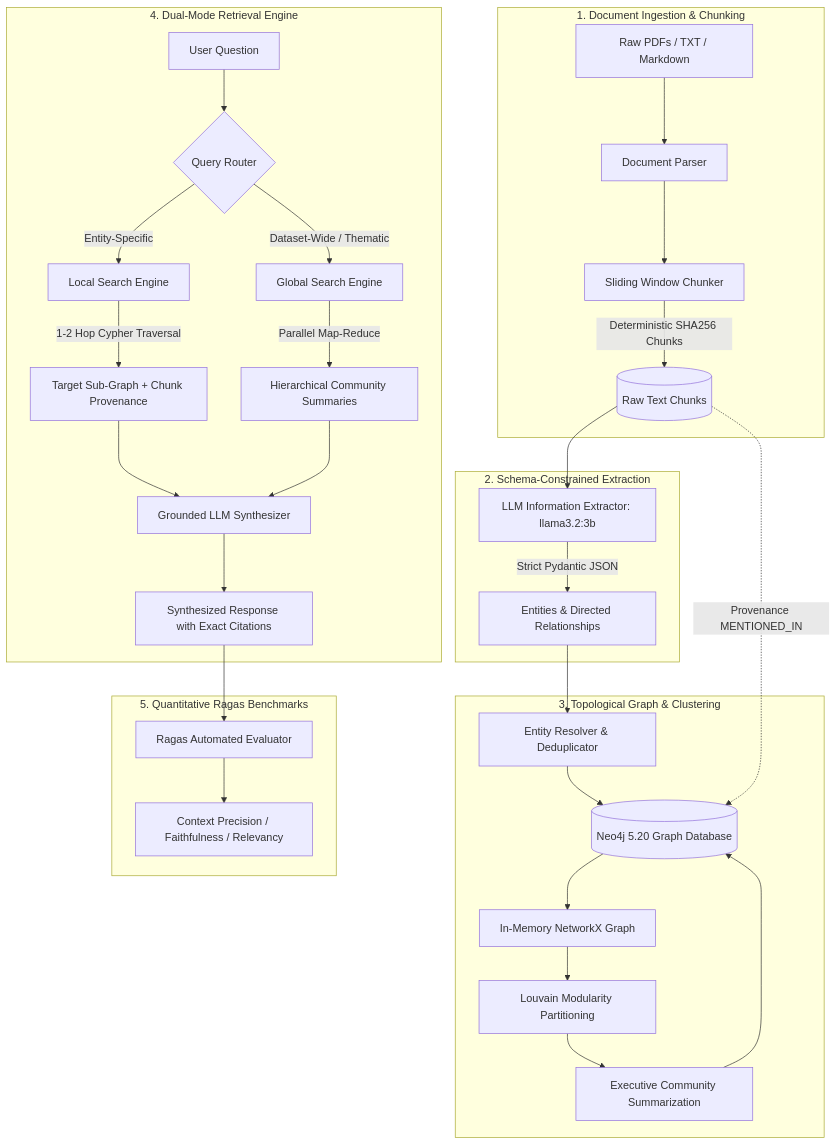
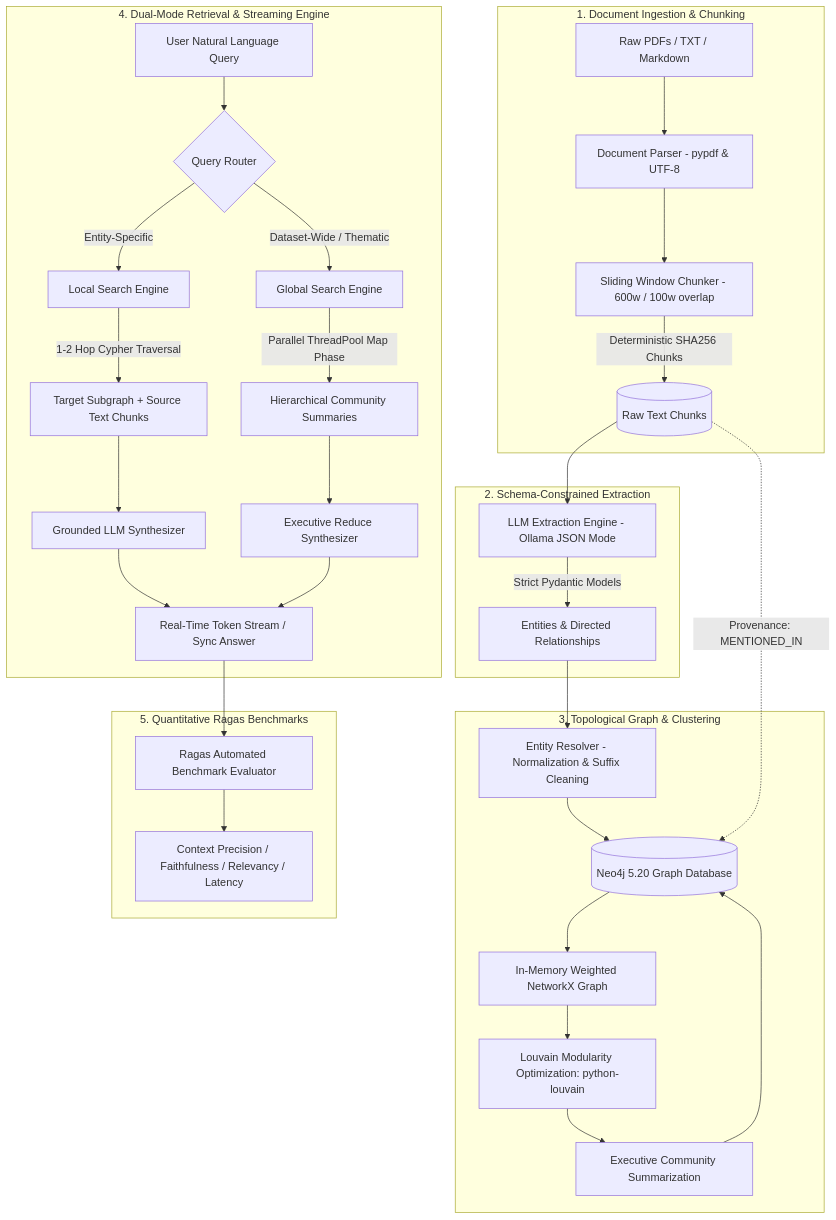
The diagram in README.md (RajatSharma404/GraphRAG), drawn with Mermaid before and after one commit. The commit also changed other lines of this file, not shown here.

Commit message:
docs(readme): expand exhaustive architectural guide, api spec, benchmarks, and adrs

````diff
--- a/README.md
+++ b/README.md
@@ -36,41 +48,42 @@
 ```mermaid
 flowchart TD
     subgraph Ingestion ["1. Document Ingestion & Chunking"]
-        RawDocs[Raw PDFs / TXT / Markdown] --> Parser[Document Parser]
-        Parser --> Chunker[Sliding Window Chunker]
+        RawDocs[Raw PDFs / TXT / Markdown] --> Parser[Document Parser - pypdf & UTF-8]
+        Parser --> Chunker[Sliding Window Chunker - 600w / 100w overlap]
         Chunker -->|Deterministic SHA256 Chunks| Chunks[(Raw Text Chunks)]
     end
 
     subgraph Extraction ["2. Schema-Constrained Extraction"]
-        Chunks --> Extractor[LLM Information Extractor: llama3.2:3b]
-        Extractor -->|Strict Pydantic JSON| Schemas[Entities & Directed Relationships]
+        Chunks --> Extractor[LLM Extraction Engine - Ollama JSON Mode]
+        Extractor -->|Strict Pydantic Models| Schemas[Entities & Directed Relationships]
     end
 
     subgraph GraphDB ["3. Topological Graph & Clustering"]
-        Schemas --> Resolver[Entity Resolver & Deduplicator]
+        Schemas --> Resolver[Entity Resolver - Normalization & Suffix Cleaning]
         Resolver --> Neo4j[(Neo4j 5.20 Graph Database)]
-        Chunks -.->|Provenance MENTIONED_IN| Neo4j
-        Neo4j --> Projection[In-Memory NetworkX Graph]
-        Projection --> Louvain[Louvain Modularity Partitioning]
+        Chunks -.->|Provenance: MENTIONED_IN| Neo4j
+        Neo4j --> Projection[In-Memory Weighted NetworkX Graph]
+        Projection --> Louvain[Louvain Modularity Optimization: python-louvain]
         Louvain --> Summarizer[Executive Community Summarization]
         Summarizer --> Neo4j
     end
 
-    subgraph Retrieval ["4. Dual-Mode Retrieval Engine"]
-        UserQuery[User Question] --> Router{Query Router}
+    subgraph Retrieval ["4. Dual-Mode Retrieval & Streaming Engine"]
+        UserQuery[User Natural Language Query] --> Router{Query Router}
         Router -->|Entity-Specific| LocalSearch[Local Search Engine]
         Router -->|Dataset-Wide / Thematic| GlobalSearch[Global Search Engine]
         
-        LocalSearch -->|1-2 Hop Cypher Traversal| SubGraph[Target Sub-Graph + Chunk Provenance]
-        GlobalSearch -->|Parallel Map-Reduce| CommSummaries[Hierarchical Community Summaries]
+        LocalSearch -->|1-2 Hop Cypher Traversal| SubGraph[Target Subgraph + Source Text Chunks]
+        GlobalSearch -->|Parallel ThreadPool Map Phase| CommSummaries[Hierarchical Community Summaries]
         
         SubGraph --> Generator[Grounded LLM Synthesizer]
-        CommSummaries --> Generator
-        Generator --> FinalAnswer[Synthesized Response with Exact Citations]
+        CommSummaries --> Reducer[Executive Reduce Synthesizer]
+        Generator --> StreamResponse[Real-Time Token Stream / Sync Answer]
+        Reducer --> StreamResponse
     end
 
     subgraph Evaluation ["5. Quantitative Ragas Benchmarks"]
-        FinalAnswer --> Evaluator[Ragas Automated Evaluator]
-        Evaluator --> Metrics[Context Precision / Faithfulness / Relevancy]
+        StreamResponse --> Evaluator[Ragas Automated Benchmark Evaluator]
+        Evaluator --> Metrics[Context Precision / Faithfulness / Relevancy / Latency]
     end
 ```
````
